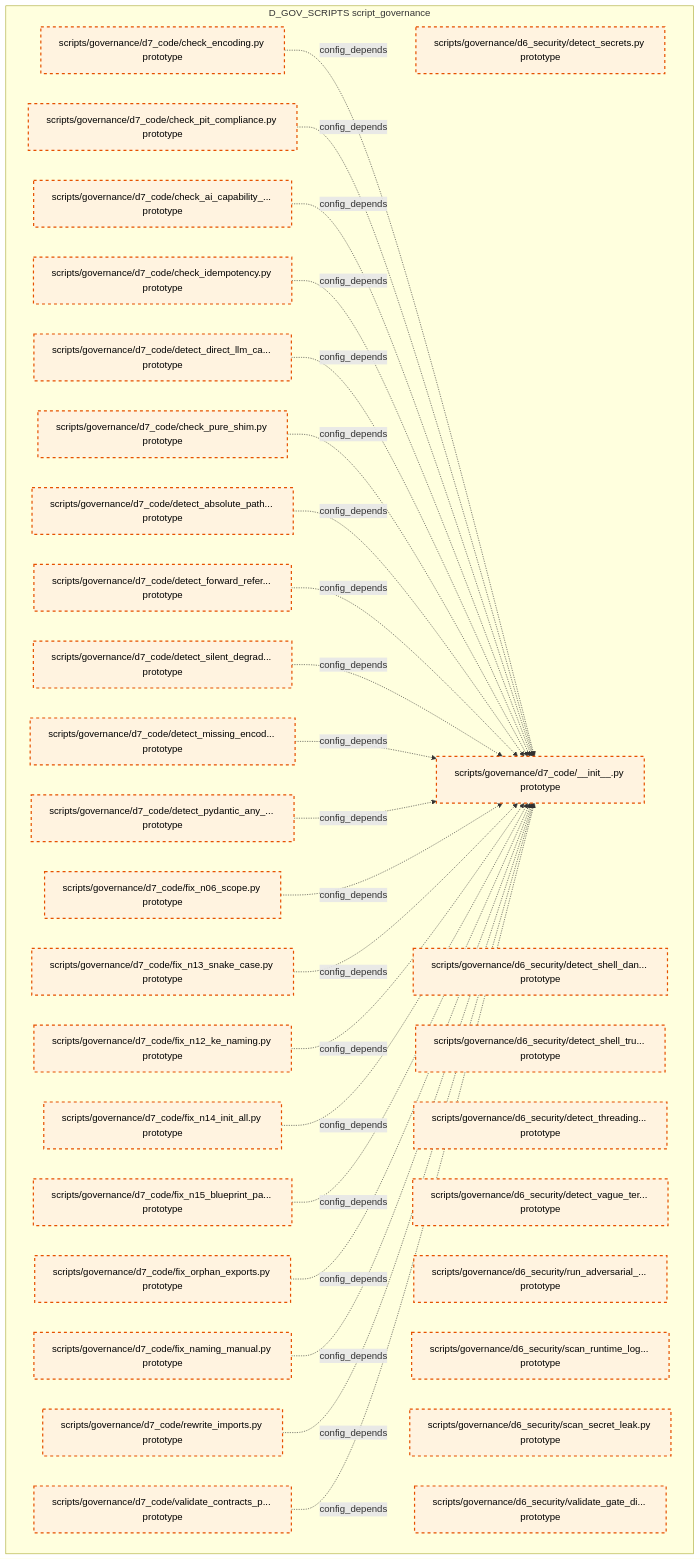
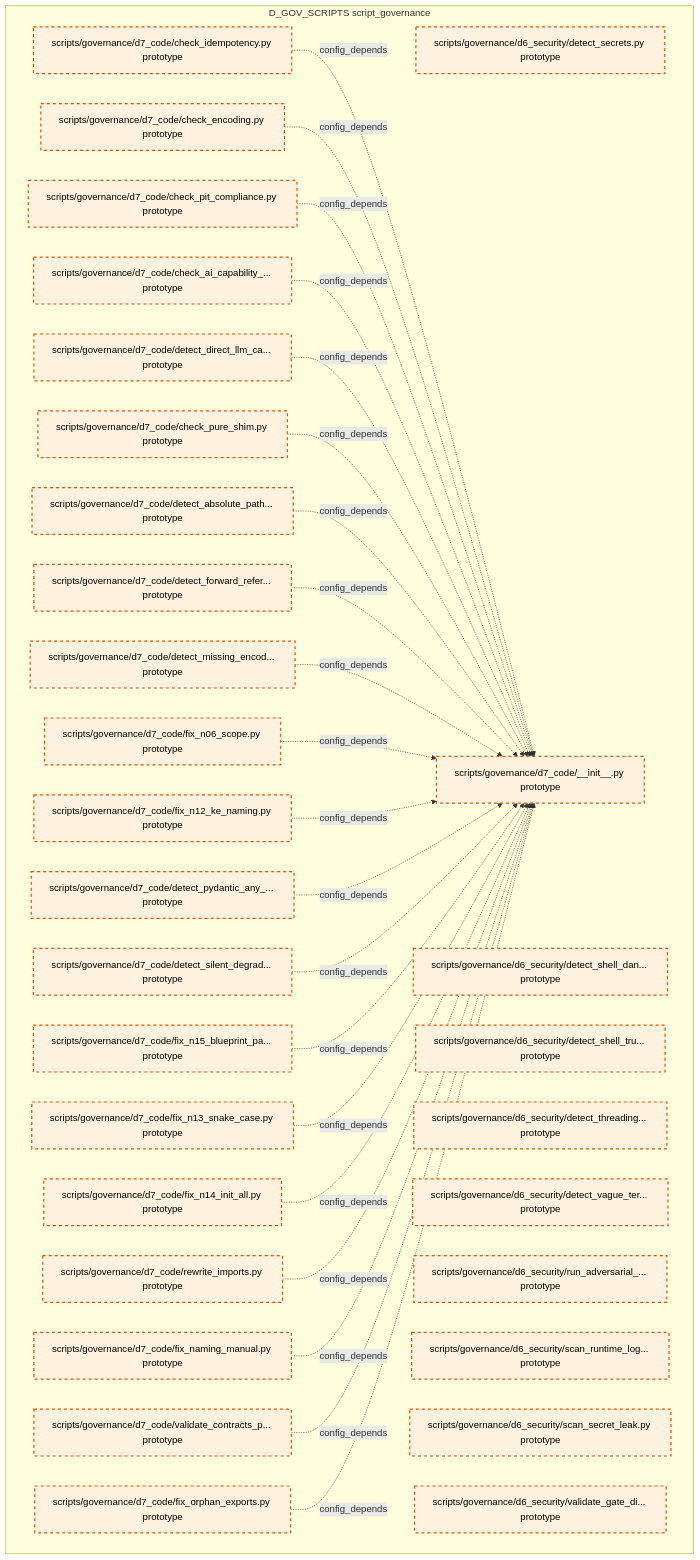
The tenth of 15 diagrams in docs/02_enterprise_architecture/02_domain_architecture_docs/36_d_gov_scripts.md (xuanFelixVan/ZephyrAlpha), drawn with Mermaid before and after one commit. The commit also changed other lines of this file and 100 other files, not shown here.

````diff
--- a/docs/02_enterprise_architecture/02_domain_architecture_docs/36_d_gov_scripts.md
+++ b/docs/02_enterprise_architecture/02_domain_architecture_docs/36_d_gov_scripts.md
@@ -686,60 +685,60 @@
 ```mermaid
 graph TD
     subgraph D_GOV_SCRIPTS["D_GOV_SCRIPTS script_governance"]
         scripts_governance_d6_security_detect_secrets_py["scripts/governance/d6_security/detect_secrets.py prototype"]
         scripts_governance_d6_security_detect_shell_dangerous_py["scripts/governance/d6_security/detect_shell_dan... prototype"]
         scripts_governance_d6_security_detect_shell_true_py["scripts/governance/d6_security/detect_shell_tru... prototype"]
         scripts_governance_d6_security_detect_threading_lock_py["scripts/governance/d6_security/detect_threading... prototype"]
         scripts_governance_d6_security_detect_vague_terms_py["scripts/governance/d6_security/detect_vague_ter... prototype"]
         scripts_governance_d6_security_run_adversarial_checks_py["scripts/governance/d6_security/run_adversarial_... prototype"]
         scripts_governance_d6_security_scan_runtime_log_secrets_py["scripts/governance/d6_security/scan_runtime_log... prototype"]
         scripts_governance_d6_security_scan_secret_leak_py["scripts/governance/d6_security/scan_secret_leak.py prototype"]
         scripts_governance_d6_security_validate_gate_discipline_py["scripts/governance/d6_security/validate_gate_di... prototype"]
         scripts_governance_d7_code_init_py["scripts/governance/d7_code/__init__.py prototype"]
         scripts_governance_d7_code_check_ai_capability_boundary_py["scripts/governance/d7_code/check_ai_capability_... prototype"]
         scripts_governance_d7_code_check_encoding_py["scripts/governance/d7_code/check_encoding.py prototype"]
         scripts_governance_d7_code_check_idempotency_py["scripts/governance/d7_code/check_idempotency.py prototype"]
         scripts_governance_d7_code_check_pit_compliance_py["scripts/governance/d7_code/check_pit_compliance.py prototype"]
         scripts_governance_d7_code_check_pure_shim_py["scripts/governance/d7_code/check_pure_shim.py prototype"]
         scripts_governance_d7_code_detect_absolute_path_hardcoding_py["scripts/governance/d7_code/detect_absolute_path... prototype"]
         scripts_governance_d7_code_detect_direct_llm_calls_py["scripts/governance/d7_code/detect_direct_llm_ca... prototype"]
         scripts_governance_d7_code_detect_forward_reference_py["scripts/governance/d7_code/detect_forward_refer... prototype"]
         scripts_governance_d7_code_detect_missing_encoding_py["scripts/governance/d7_code/detect_missing_encod... prototype"]
         scripts_governance_d7_code_detect_pydantic_any_fields_py["scripts/governance/d7_code/detect_pydantic_any_... prototype"]
         scripts_governance_d7_code_detect_silent_degradation_py["scripts/governance/d7_code/detect_silent_degrad... prototype"]
         scripts_governance_d7_code_fix_n06_scope_py["scripts/governance/d7_code/fix_n06_scope.py prototype"]
         scripts_governance_d7_code_fix_n12_ke_naming_py["scripts/governance/d7_code/fix_n12_ke_naming.py prototype"]
         scripts_governance_d7_code_fix_n13_snake_case_py["scripts/governance/d7_code/fix_n13_snake_case.py prototype"]
         scripts_governance_d7_code_fix_n14_init_all_py["scripts/governance/d7_code/fix_n14_init_all.py prototype"]
         scripts_governance_d7_code_fix_n15_blueprint_path_py["scripts/governance/d7_code/fix_n15_blueprint_pa... prototype"]
         scripts_governance_d7_code_fix_naming_manual_py["scripts/governance/d7_code/fix_naming_manual.py prototype"]
         scripts_governance_d7_code_fix_orphan_exports_py["scripts/governance/d7_code/fix_orphan_exports.py prototype"]
         scripts_governance_d7_code_rewrite_imports_py["scripts/governance/d7_code/rewrite_imports.py prototype"]
         scripts_governance_d7_code_validate_contracts_purity_py["scripts/governance/d7_code/validate_contracts_p... prototype"]
     end
+    scripts_governance_d7_code_check_idempotency_py -.->|config_depends| scripts_governance_d7_code_init_py
     scripts_governance_d7_code_check_encoding_py -.->|config_depends| scripts_governance_d7_code_init_py
     scripts_governance_d7_code_check_pit_compliance_py -.->|config_depends| scripts_governance_d7_code_init_py
     scripts_governance_d7_code_check_ai_capability_boundary_py -.->|config_depends| scripts_governance_d7_code_init_py
-    scripts_governance_d7_code_check_idempotency_py -.->|config_depends| scripts_governance_d7_code_init_py
     scripts_governance_d7_code_detect_direct_llm_calls_py -.->|config_depends| scripts_governance_d7_code_init_py
     scripts_governance_d7_code_check_pure_shim_py -.->|config_depends| scripts_governance_d7_code_init_py
     scripts_governance_d7_code_detect_absolute_path_hardcoding_py -.->|config_depends| scripts_governance_d7_code_init_py
     scripts_governance_d7_code_detect_forward_reference_py -.->|config_depends| scripts_governance_d7_code_init_py
+    scripts_governance_d7_code_detect_missing_encoding_py -.->|config_depends| scripts_governance_d7_code_init_py
+    scripts_governance_d7_code_fix_n06_scope_py -.->|config_depends| scripts_governance_d7_code_init_py
+    scripts_governance_d7_code_fix_n12_ke_naming_py -.->|config_depends| scripts_governance_d7_code_init_py
+    scripts_governance_d7_code_detect_pydantic_any_fields_py -.->|config_depends| scripts_governance_d7_code_init_py
     scripts_governance_d7_code_detect_silent_degradation_py -.->|config_depends| scripts_governance_d7_code_init_py
-    scripts_governance_d7_code_detect_missing_encoding_py -.->|config_depends| scripts_governance_d7_code_init_py
-    scripts_governance_d7_code_detect_pydantic_any_fields_py -.->|config_depends| scripts_governance_d7_code_init_py
-    scripts_governance_d7_code_fix_n06_scope_py -.->|config_depends| scripts_governance_d7_code_init_py
+    scripts_governance_d7_code_fix_n15_blueprint_path_py -.->|config_depends| scripts_governance_d7_code_init_py
     scripts_governance_d7_code_fix_n13_snake_case_py -.->|config_depends| scripts_governance_d7_code_init_py
-    scripts_governance_d7_code_fix_n12_ke_naming_py -.->|config_depends| scripts_governance_d7_code_init_py
     scripts_governance_d7_code_fix_n14_init_all_py -.->|config_depends| scripts_governance_d7_code_init_py
-    scripts_governance_d7_code_fix_n15_blueprint_path_py -.->|config_depends| scripts_governance_d7_code_init_py
+    scripts_governance_d7_code_rewrite_imports_py -.->|config_depends| scripts_governance_d7_code_init_py
+    scripts_governance_d7_code_fix_naming_manual_py -.->|config_depends| scripts_governance_d7_code_init_py
+    scripts_governance_d7_code_validate_contracts_purity_py -.->|config_depends| scripts_governance_d7_code_init_py
     scripts_governance_d7_code_fix_orphan_exports_py -.->|config_depends| scripts_governance_d7_code_init_py
-    scripts_governance_d7_code_fix_naming_manual_py -.->|config_depends| scripts_governance_d7_code_init_py
-    scripts_governance_d7_code_rewrite_imports_py -.->|config_depends| scripts_governance_d7_code_init_py
-    scripts_governance_d7_code_validate_contracts_purity_py -.->|config_depends| scripts_governance_d7_code_init_py
     classDef production fill:#e1f5fe,stroke:#01579b,stroke-width:2px,color:#000
     classDef design fill:#fff3e0,stroke:#e65100,stroke-width:2px,color:#000,stroke-dasharray: 5 5
     classDef external_prod fill:#e8f5e9,stroke:#1b5e20,stroke-width:1px,color:#000
     classDef external_design fill:#fce4ec,stroke:#880e4f,stroke-width:1px,color:#000,stroke-dasharray: 5 5
     class scripts_governance_d6_security_detect_secrets_py,scripts_governance_d6_security_detect_shell_dangerous_py,scripts_governance_d6_security_detect_shell_true_py,scripts_governance_d6_security_detect_threading_lock_py,scripts_governance_d6_security_detect_vague_terms_py,scripts_governance_d6_security_run_adversarial_checks_py,scripts_governance_d6_security_scan_runtime_log_secrets_py,scripts_governance_d6_security_scan_secret_leak_py,scripts_governance_d6_security_validate_gate_discipline_py,scripts_governance_d7_code_init_py,scripts_governance_d7_code_check_ai_capability_boundary_py,scripts_governance_d7_code_check_encoding_py,scripts_governance_d7_code_check_idempotency_py,scripts_governance_d7_code_check_pit_compliance_py,scripts_governance_d7_code_check_pure_shim_py,scripts_governance_d7_code_detect_absolute_path_hardcoding_py,scripts_governance_d7_code_detect_direct_llm_calls_py,scripts_governance_d7_code_detect_forward_reference_py,scripts_governance_d7_code_detect_missing_encoding_py,scripts_governance_d7_code_detect_pydantic_any_fields_py,scripts_governance_d7_code_detect_silent_degradation_py,scripts_governance_d7_code_fix_n06_scope_py,scripts_governance_d7_code_fix_n12_ke_naming_py,scripts_governance_d7_code_fix_n13_snake_case_py,scripts_governance_d7_code_fix_n14_init_all_py,scripts_governance_d7_code_fix_n15_blueprint_path_py,scripts_governance_d7_code_fix_naming_manual_py,scripts_governance_d7_code_fix_orphan_exports_py,scripts_governance_d7_code_rewrite_imports_py,scripts_governance_d7_code_validate_contracts_purity_py design
 ```
````
